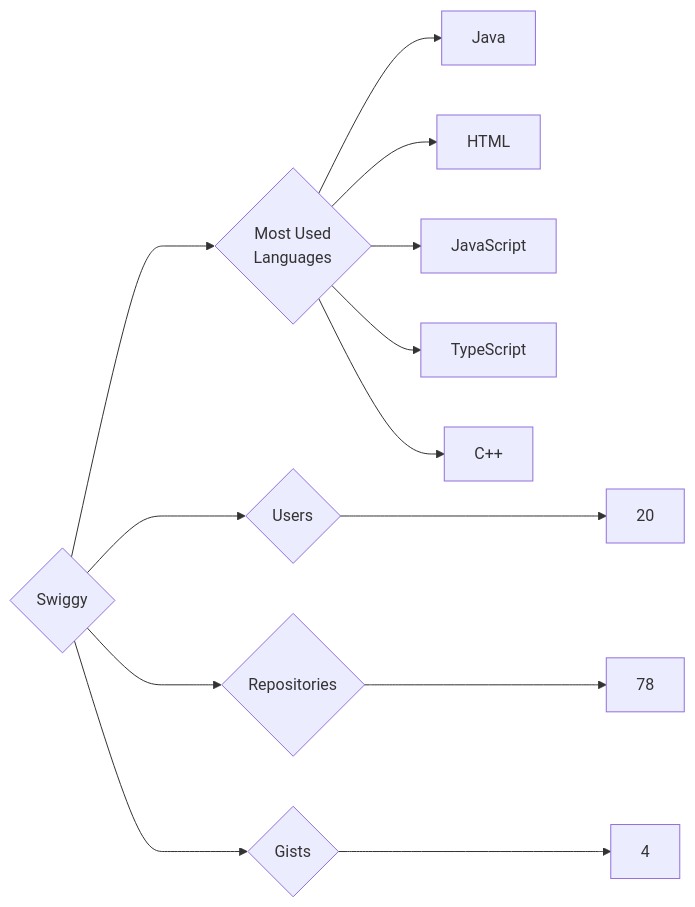
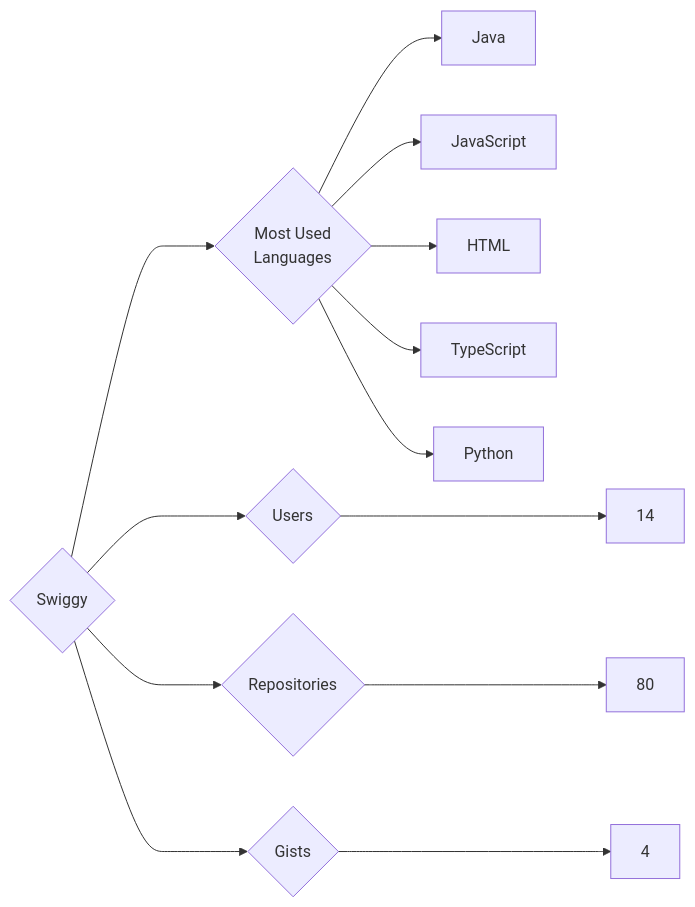
One commit to trickest/insiders changed the diagram in targets/Swiggy/README.md. Above: the diagram before and after it, drawn with Mermaid. The commit also changed 1484 other files, not shown here.

````diff
--- a/targets/Swiggy/README.md
+++ b/targets/Swiggy/README.md
@@ -3,13 +3,13 @@
 ```mermaid
 graph LR
 COMPANY_NAME{Swiggy}
-COMPANY_NAME ---> U{Users} ---> UN[20]
-COMPANY_NAME ---> R{Repositories} ---> RN[78]
+COMPANY_NAME ---> U{Users} ---> UN[14]
+COMPANY_NAME ---> R{Repositories} ---> RN[80]
 COMPANY_NAME ---> G{Gists} ---> GN[4]
 COMPANY_NAME ---> ML{Most Used<br>Languages}
 ML --> Java[Java]
+ML --> JavaScript[JavaScript]
 ML --> HTML[HTML]
-ML --> JavaScript[JavaScript]
 ML --> TypeScript[TypeScript]
-ML --> C++[C++]
+ML --> Python[Python]
 ```
````
